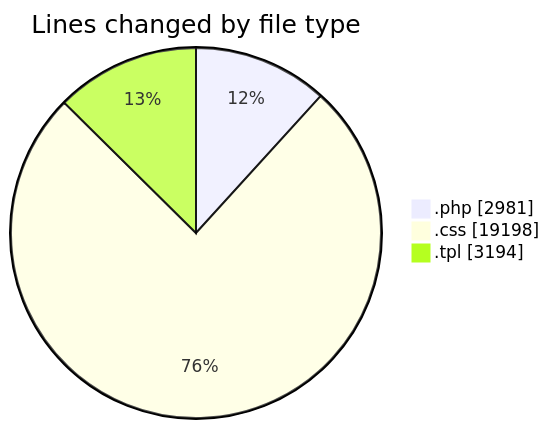
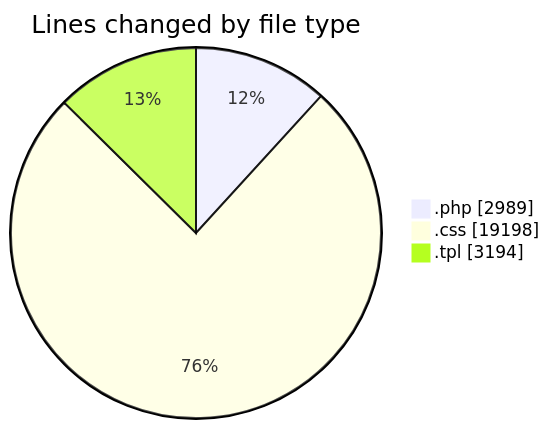
Before and after one commit to vahidmafi/code-tracking: the first of 2 diagrams in 2025-03-23/zeytoon/README.md, drawn with Mermaid. The commit also changed other lines of this file and 1 other file, not shown here.

````diff
--- a/2025-03-23/zeytoon/README.md
+++ b/2025-03-23/zeytoon/README.md
@@ -28,7 +28,7 @@
 ```mermaid
 pie showData
 title Lines changed by file type
-".php" : 2981
+".php" : 2989
 ".css" : 19198
 ".tpl" : 3194
 ```
````
